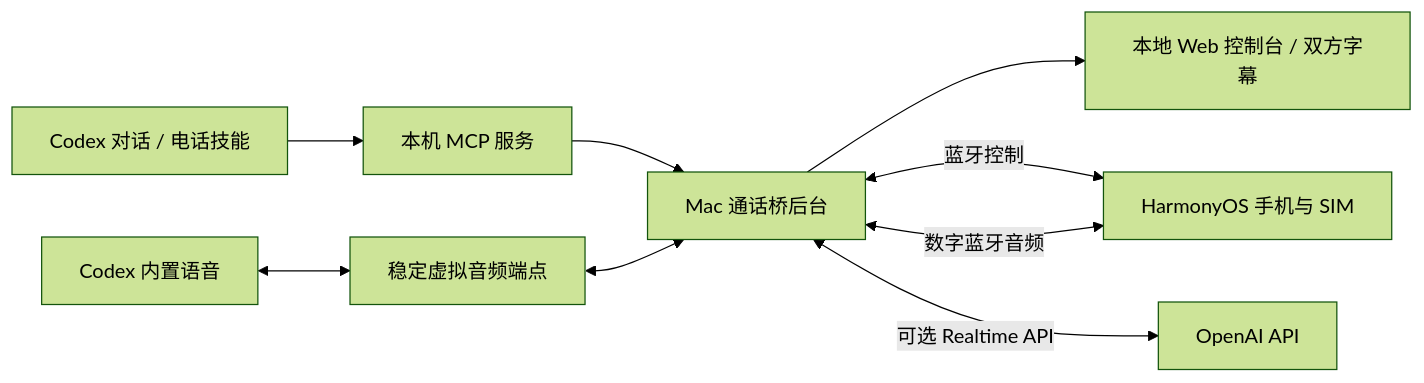
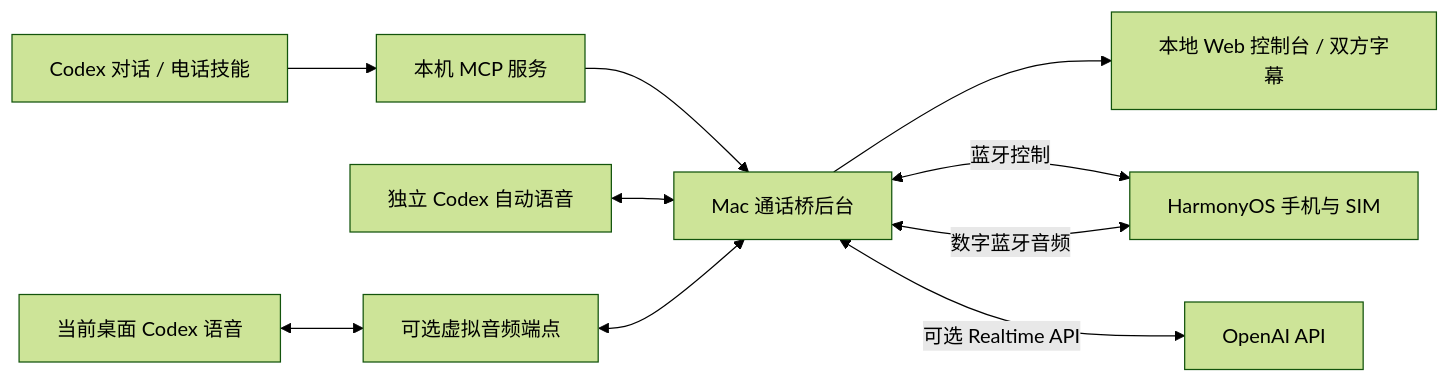
Before and after one commit to andycaihello/codex-phonecall: the diagram in docs/ARCHITECTURE.md, drawn with Mermaid (forest theme). The commit also changed other lines of this file and 54 other files, not shown here.

````diff
--- a/docs/ARCHITECTURE.md
+++ b/docs/ARCHITECTURE.md
@@ -10,11 +10,12 @@
 ```mermaid
 flowchart LR
   C[Codex 对话 / 电话技能] --> M[本机 MCP 服务]
   M --> B[Mac 通话桥后台]
   B --> W[本地 Web 控制台 / 双方字幕]
   B <-->|蓝牙控制| P[HarmonyOS 手机与 SIM]
-  V[Codex 内置语音] <--> A[稳定虚拟音频端点]
+  V[独立 Codex 自动语音] <--> B
+  D[当前桌面 Codex 语音] <--> A[可选虚拟音频端点]
   A <--> B
   B <-->|数字蓝牙音频| P
   B <-->|可选 Realtime API| R[OpenAI API]
 ```
````
